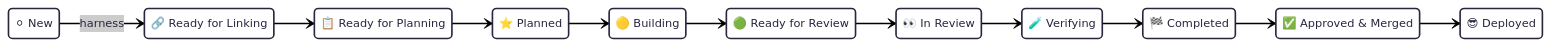
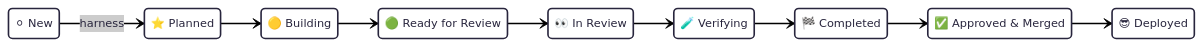
The fifth of 7 diagrams in docs/WORKFLOW.md (kigster/openlanes), drawn with Mermaid before and after one commit. The commit also changed other lines of this file and 1 other file, not shown here.

Commit message:
Regenerate WORKFLOW.md without the linking step

````diff
--- a/docs/WORKFLOW.md
+++ b/docs/WORKFLOW.md
@@ -233,31 +223,27 @@
 ```mermaid
 ---
 config:
   layout: dagre
   theme: redux-color
 ---
 stateDiagram-v2
     direction LR
     new : ⚪ New
-    ready_for_linking : 🔗 Ready for Linking
-    ready_for_planning : 📋 Ready for Planning
     planned : ⭐ Planned
     building : 🟡 Building
     ready_for_review : 🟢 Ready for Review
     in_review : 👀 In Review
     verifying : 🧪 Verifying
     completed : 🏁 Completed
     approved : ✅ Approved & Merged
     deployed : 😎 Deployed
 
-    new --> ready_for_linking : harness
-    ready_for_linking --> ready_for_planning
-    ready_for_planning --> planned
+    new --> planned : harness
     planned --> building
     building --> ready_for_review
     ready_for_review --> in_review
     in_review --> verifying
     verifying --> completed
     completed --> approved
     approved --> deployed
 ```
````
